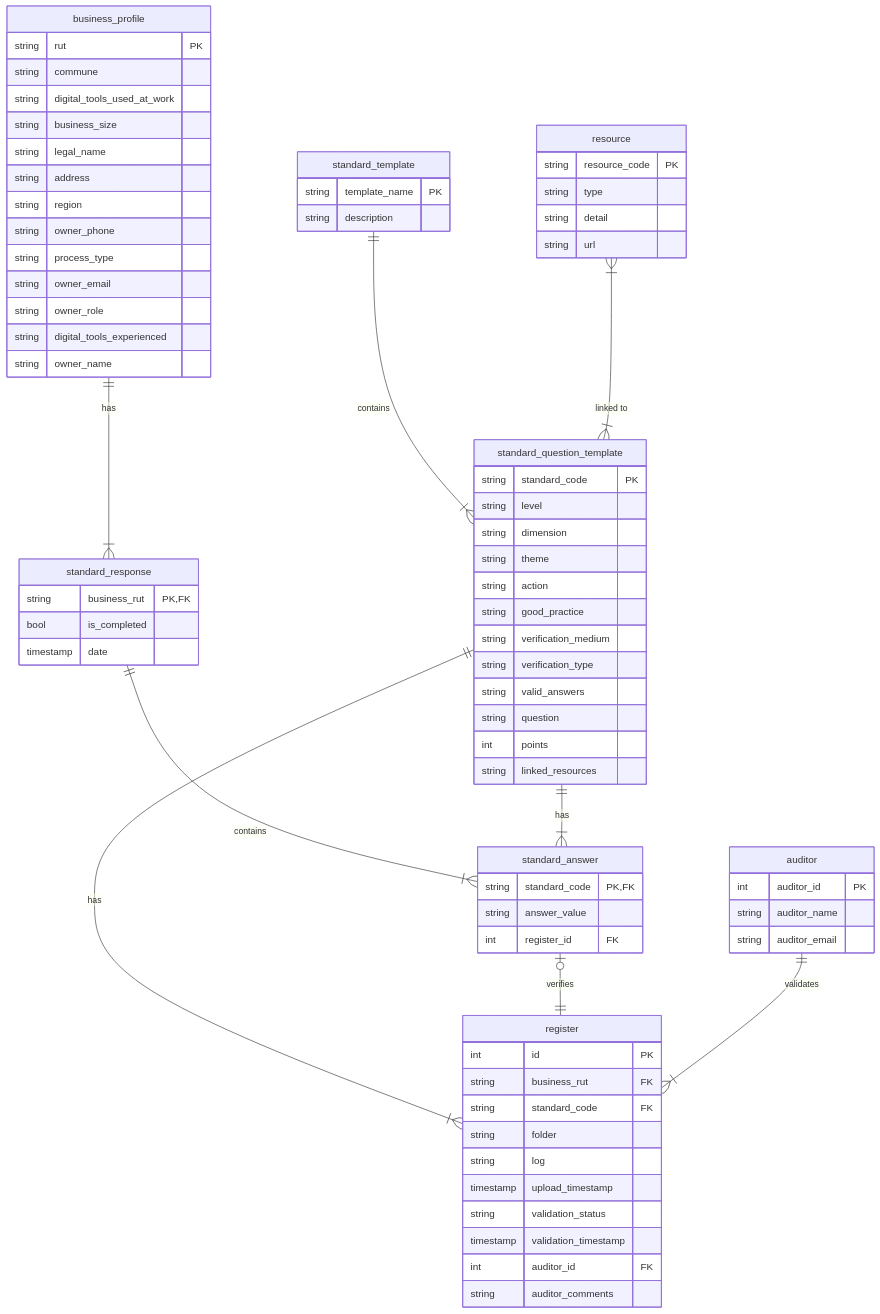
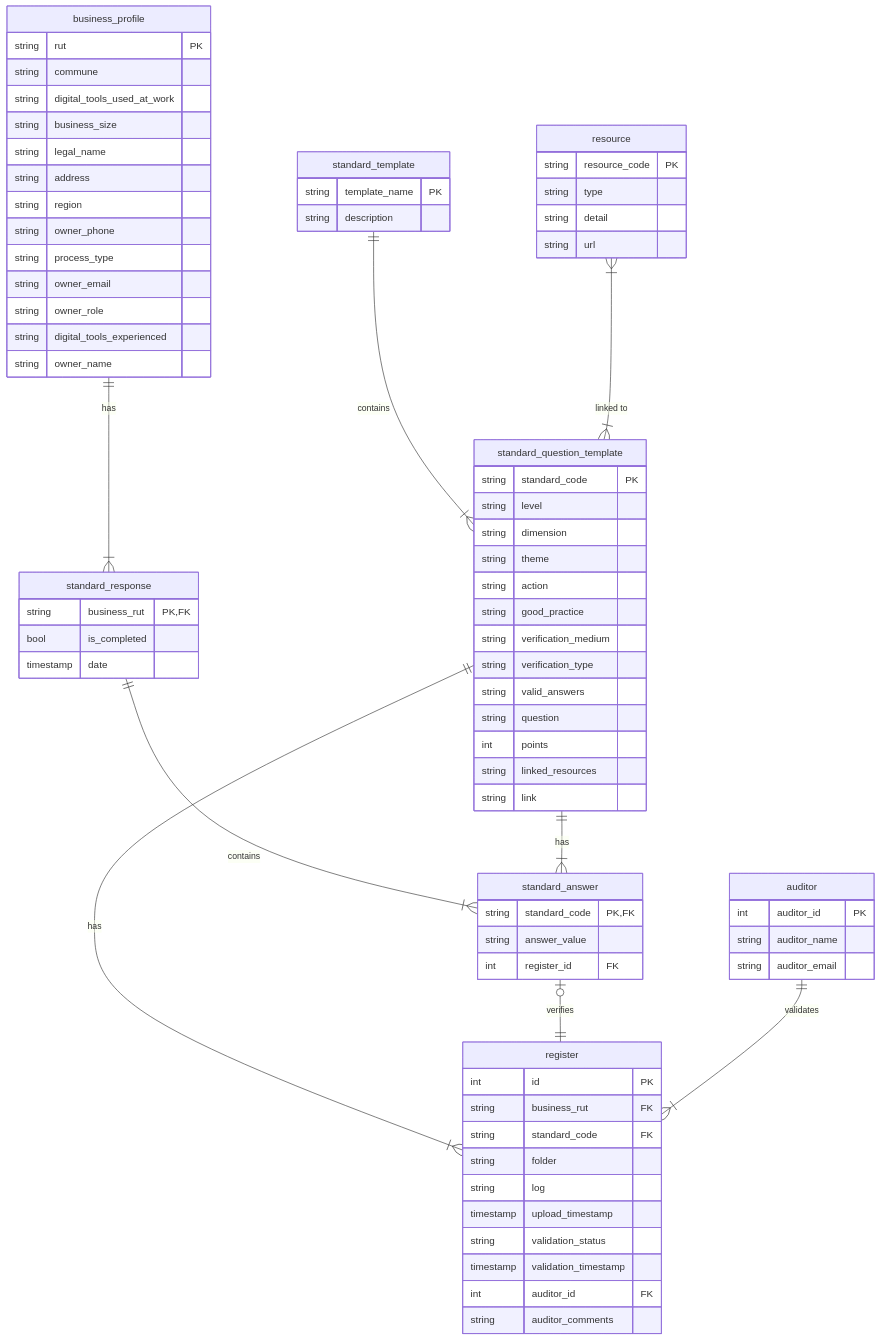
One commit to RodrigoVasquez/agro_extension_digital_project changed the diagram in data_model/README.md. Above: the diagram before and after it, drawn with Mermaid. The commit also changed other lines of this file and 1 other file, not shown here.

```diff
--- a/data_model/README.md
+++ b/data_model/README.md
@@ -160,6 +161,7 @@
         string question
         int points
         string linked_resources
+        string link
     }
 
     standard_response {
```
